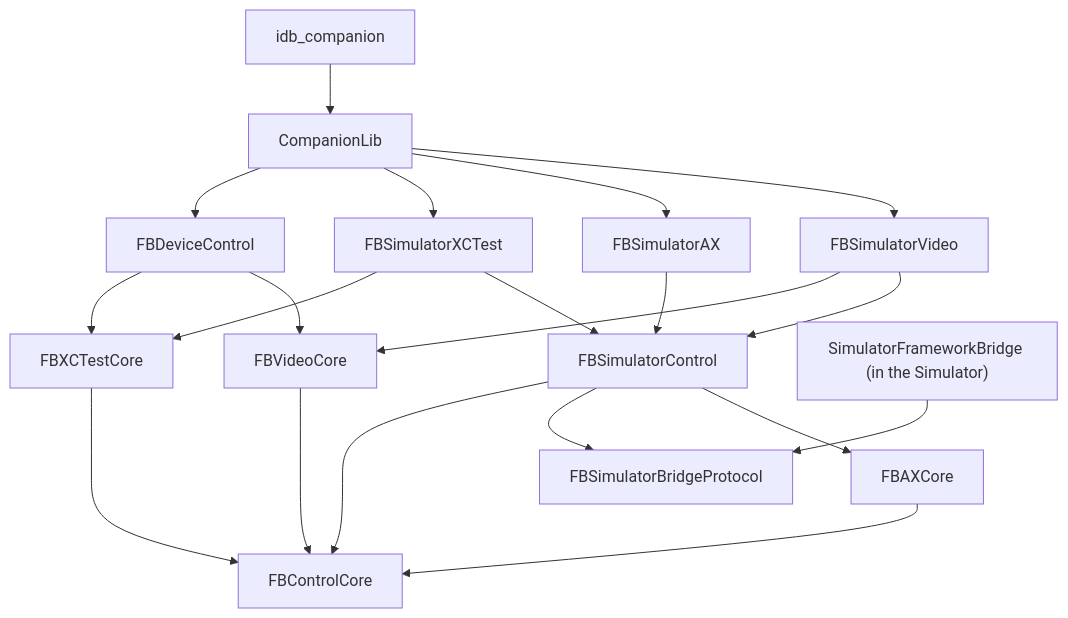
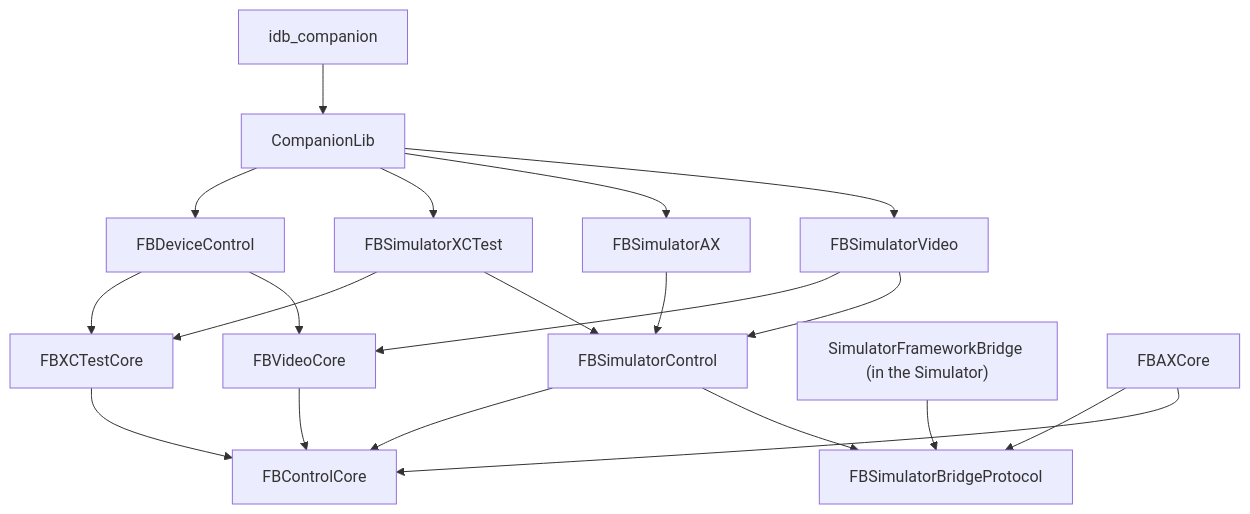
The second of 2 diagrams in website/docs/idb/architecture.mdx (facebook/idb), drawn with Mermaid before and after one commit. The commit also changed 5 other files, not shown here.

First line of the commit message:
Keep FBSimulatorControl free of the accessibility model

````diff
--- a/website/docs/idb/architecture.mdx
+++ b/website/docs/idb/architecture.mdx
@@ -81,22 +81,22 @@
 ```mermaid
 flowchart TD
     companion["idb_companion"] --> CompanionLib
     CompanionLib --> FBSimulatorVideo
     CompanionLib --> FBSimulatorAX
     CompanionLib --> FBSimulatorXCTest
     CompanionLib --> FBDeviceControl
     FBSimulatorVideo --> FBSimulatorControl
     FBSimulatorVideo --> FBVideoCore
     FBSimulatorAX --> FBSimulatorControl
     FBSimulatorXCTest --> FBSimulatorControl
     FBSimulatorXCTest --> FBXCTestCore
-    FBSimulatorControl --> FBAXCore
     FBSimulatorControl --> FBSimulatorBridgeProtocol
     guest["SimulatorFrameworkBridge (in the Simulator)"] --> FBSimulatorBridgeProtocol
     FBDeviceControl --> FBVideoCore
     FBDeviceControl --> FBXCTestCore
     FBVideoCore --> FBControlCore
     FBAXCore --> FBControlCore
+    FBAXCore --> FBSimulatorBridgeProtocol
     FBXCTestCore --> FBControlCore
     FBSimulatorControl --> FBControlCore
 ```
````
